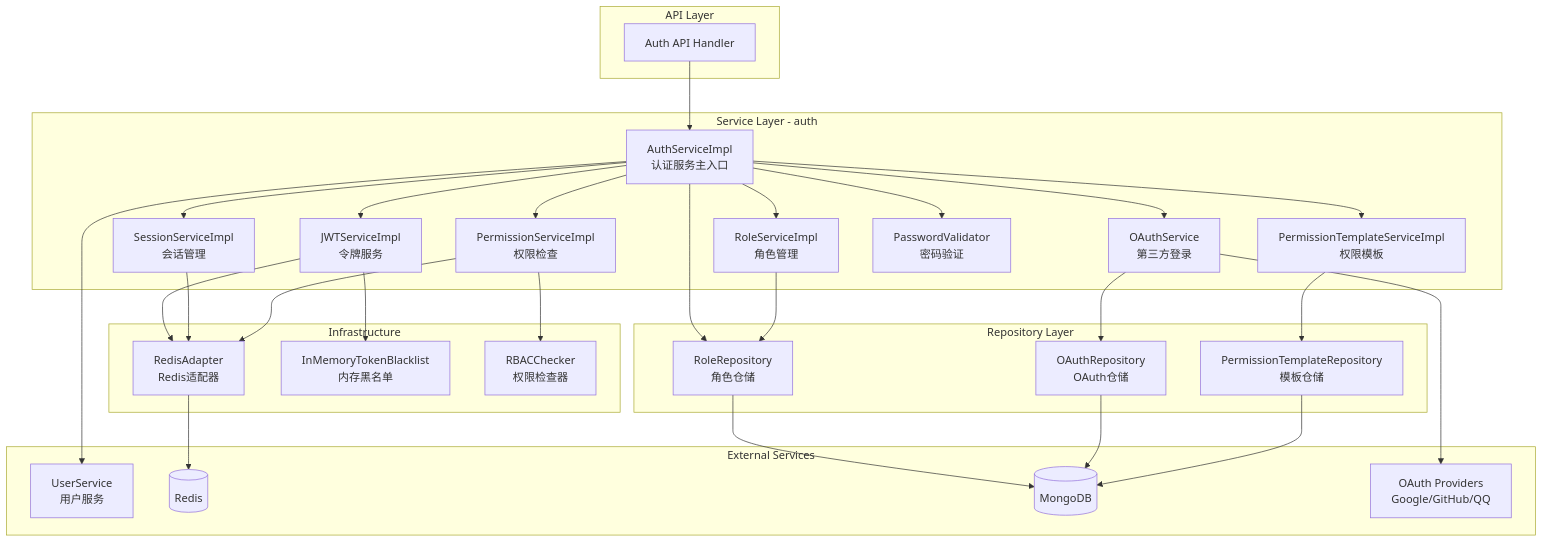
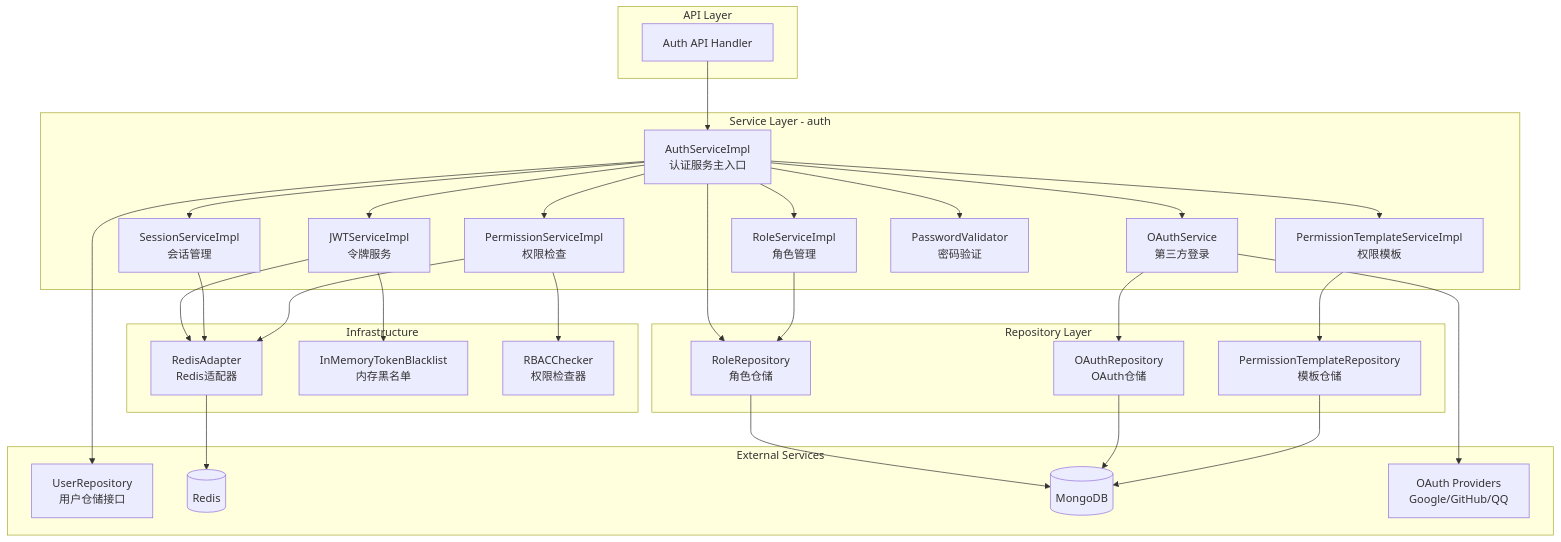
Before and after one commit to yukin371/Qingyu_backend: the first of 4 diagrams in service/auth/README.md, drawn with Mermaid. The commit also changed other lines of this file and 34 other files, not shown here.

Commit message:
refactor(auth): 收口 auth user 边界并退场历史 owner

````diff
--- a/service/auth/README.md
+++ b/service/auth/README.md
@@ -9,64 +9,64 @@
 ```mermaid
 graph TB
     subgraph "API Layer"
         AuthAPI[Auth API Handler]
     end
 
     subgraph "Service Layer - auth"
         AuthService[AuthServiceImpl<br/>认证服务主入口]
         JWTService[JWTServiceImpl<br/>令牌服务]
         OAuthService[OAuthService<br/>第三方登录]
         SessionService[SessionServiceImpl<br/>会话管理]
         PermissionService[PermissionServiceImpl<br/>权限检查]
         RoleService[RoleServiceImpl<br/>角色管理]
         TemplateService[PermissionTemplateServiceImpl<br/>权限模板]
         PasswordValidator[PasswordValidator<br/>密码验证]
     end
 
     subgraph "Infrastructure"
         RedisAdapter[RedisAdapter<br/>Redis适配器]
         MemoryBlacklist[InMemoryTokenBlacklist<br/>内存黑名单]
         RBACChecker[RBACChecker<br/>权限检查器]
     end
 
     subgraph "Repository Layer"
         RoleRepo[RoleRepository<br/>角色仓储]
         OAuthRepo[OAuthRepository<br/>OAuth仓储]
         TemplateRepo[PermissionTemplateRepository<br/>模板仓储]
     end
 
     subgraph "External Services"
-        UserService[UserService<br/>用户服务]
+        UserRepository[UserRepository<br/>用户仓储接口]
         Redis[(Redis)]
         MongoDB[(MongoDB)]
         OAuthProviders[OAuth Providers<br/>Google/GitHub/QQ]
     end
 
     AuthAPI --> AuthService
     AuthService --> JWTService
     AuthService --> OAuthService
     AuthService --> SessionService
     AuthService --> PermissionService
     AuthService --> RoleService
     AuthService --> TemplateService
     AuthService --> PasswordValidator
 
     JWTService --> RedisAdapter
     JWTService --> MemoryBlacklist
     SessionService --> RedisAdapter
     PermissionService --> RedisAdapter
     PermissionService --> RBACChecker
 
     AuthService --> RoleRepo
     OAuthService --> OAuthRepo
     TemplateService --> TemplateRepo
     RoleService --> RoleRepo
 
     RedisAdapter --> Redis
     RoleRepo --> MongoDB
     OAuthRepo --> MongoDB
     TemplateRepo --> MongoDB
 
     OAuthService --> OAuthProviders
-    AuthService --> UserService
+    AuthService --> UserRepository
 ```
````
